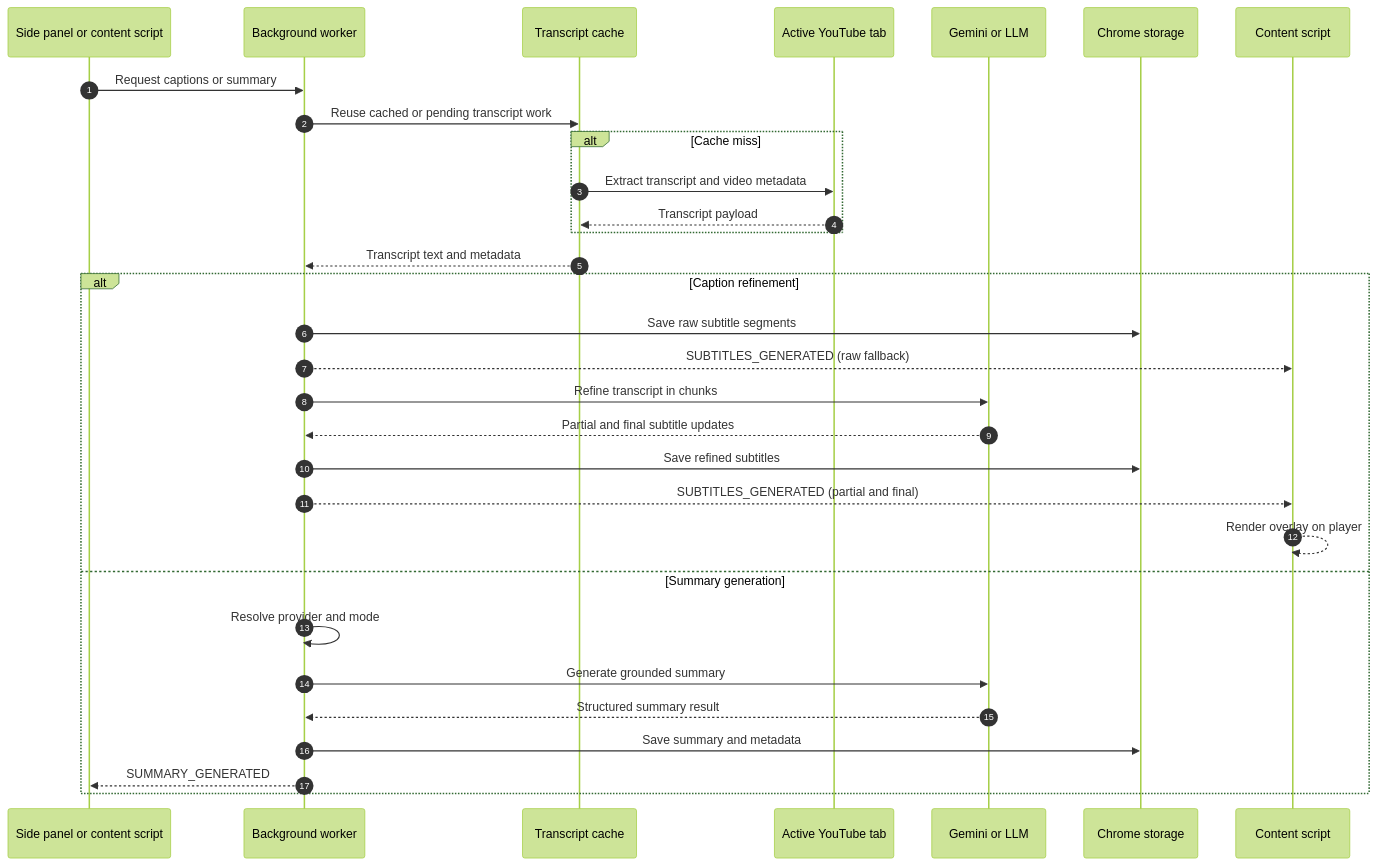
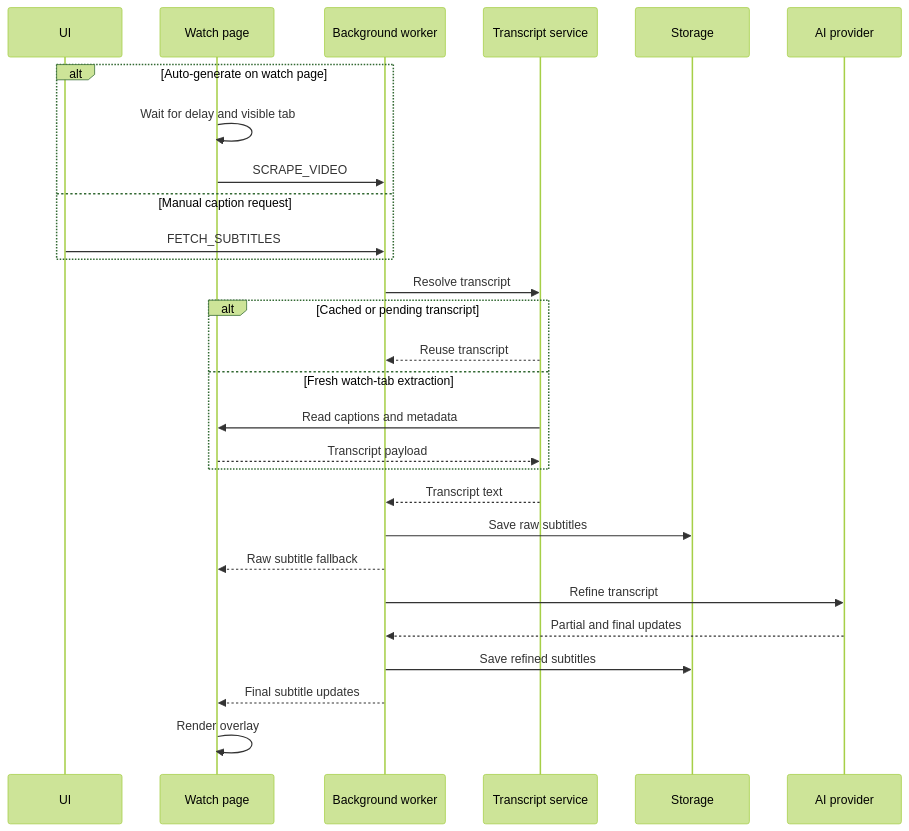
One commit to teron131/better-youtube changed the second of 4 diagrams in README.md. Above: the diagram before and after it, drawn with Mermaid (forest theme). The commit also changed other lines of this file and 7 other files, not shown here.

````diff
--- a/README.md
+++ b/README.md
@@ -67,35 +86,32 @@
 ```mermaid
 sequenceDiagram
-    autonumber
-    participant UI as Side panel or content script
+    participant UI as UI
+    participant CS as Watch page
     participant BG as Background worker
-    participant TC as Transcript cache
-    participant YT as Active YouTube tab
-    participant AI as Gemini or LLM
-    participant ST as Chrome storage
-    participant CS as Content script
+    participant TR as Transcript service
+    participant ST as Storage
+    participant AI as AI provider
 
-    UI->>BG: Request captions or summary
-    BG->>TC: Reuse cached or pending transcript work
-    alt Cache miss
-        TC->>YT: Extract transcript and video metadata
-        YT-->>TC: Transcript payload
+    alt Auto-generate on watch page
+        CS->>CS: Wait for delay and visible tab
+        CS->>BG: SCRAPE_VIDEO
+    else Manual caption request
+        UI->>BG: FETCH_SUBTITLES
     end
-    TC-->>BG: Transcript text and metadata
 
-    alt Caption refinement
-        BG->>ST: Save raw subtitle segments
-        BG-->>CS: SUBTITLES_GENERATED (raw fallback)
-        BG->>AI: Refine transcript in chunks
-        AI-->>BG: Partial and final subtitle updates
-        BG->>ST: Save refined subtitles
-        BG-->>CS: SUBTITLES_GENERATED (partial and final)
-        CS-->>CS: Render overlay on player
-    else Summary generation
-        BG->>BG: Resolve provider and mode
-        BG->>AI: Generate grounded summary
-        AI-->>BG: Structured summary result
-        BG->>ST: Save summary and metadata
-        BG-->>UI: SUMMARY_GENERATED
+    BG->>TR: Resolve transcript
+    alt Cached or pending transcript
+        TR-->>BG: Reuse transcript
+    else Fresh watch-tab extraction
+        TR->>CS: Read captions and metadata
+        CS-->>TR: Transcript payload
     end
+    TR-->>BG: Transcript text
+    BG->>ST: Save raw subtitles
+    BG-->>CS: Raw subtitle fallback
+    BG->>AI: Refine transcript
+    AI-->>BG: Partial and final updates
+    BG->>ST: Save refined subtitles
+    BG-->>CS: Final subtitle updates
+    CS->>CS: Render overlay
 ```
````
